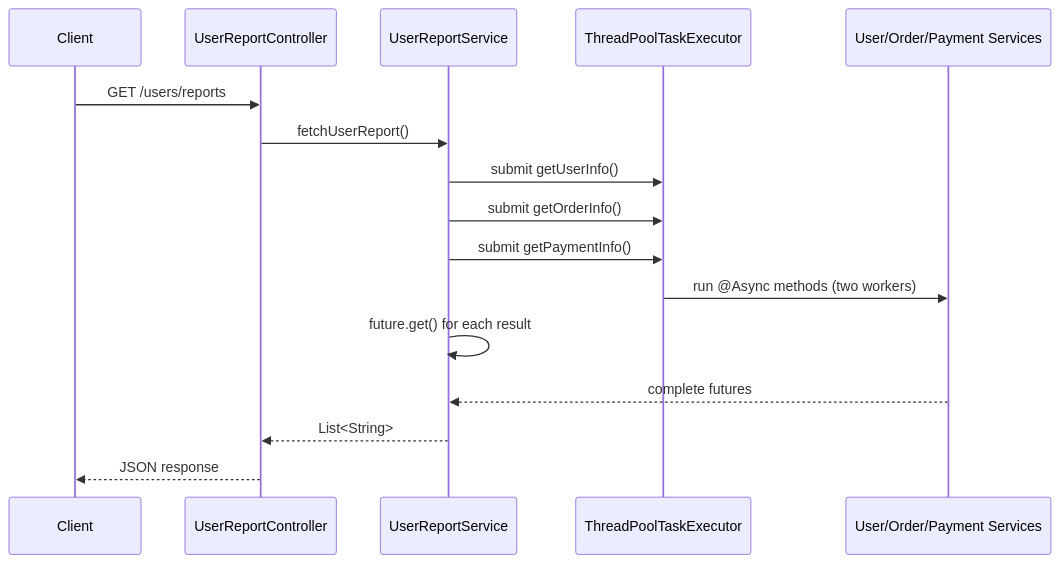
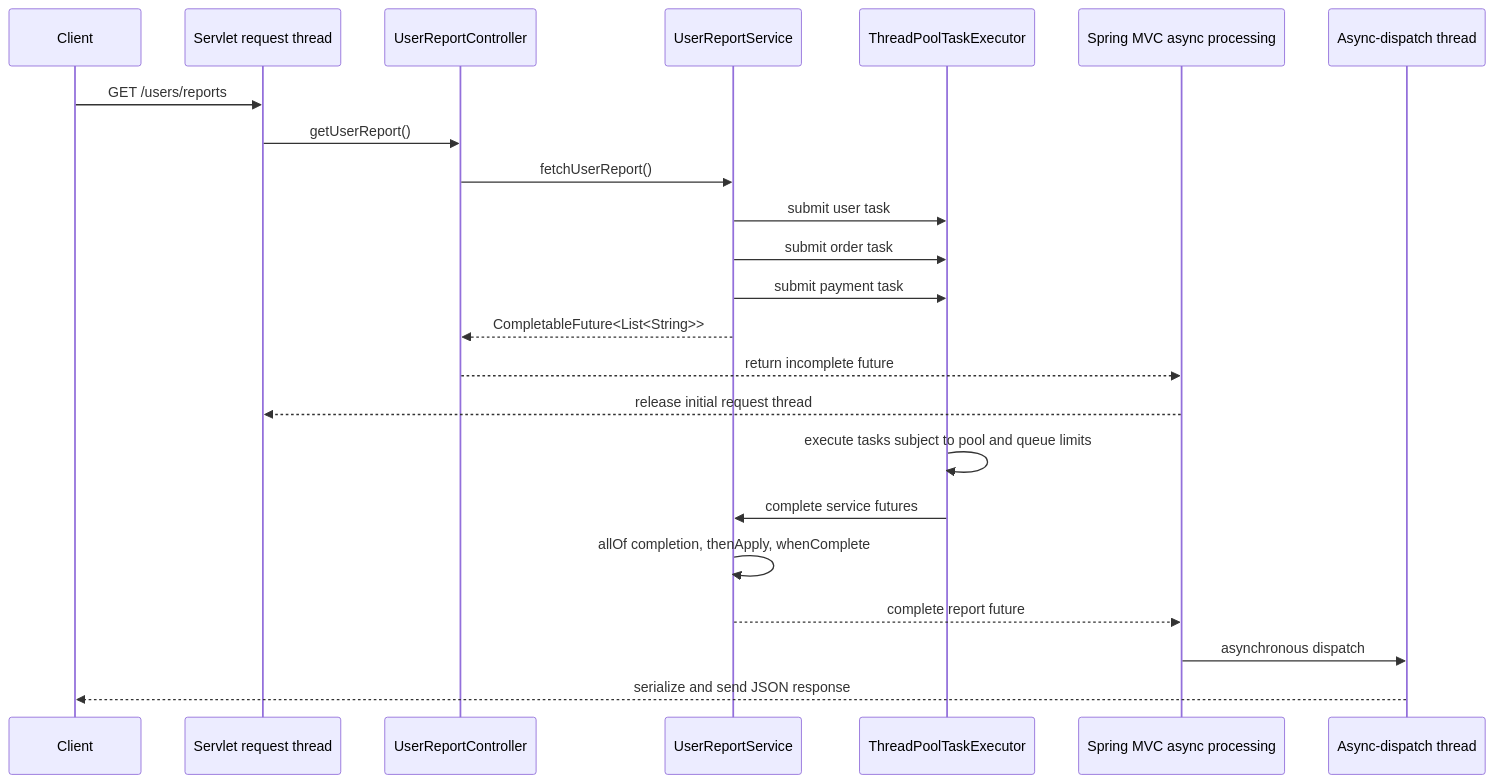
One commit to shubhgaur37/SpringBoot changed the diagram in M_18_ThreadPooling/README.md. Above: the diagram before and after it, drawn with Mermaid. The commit also changed other lines of this file and 4 other files, not shown here.

Commit message:
Non Blocking Tomcat Flow

````diff
--- a/M_18_ThreadPooling/README.md
+++ b/M_18_ThreadPooling/README.md
@@ -50,19 +124,26 @@
 ```mermaid
 sequenceDiagram
     participant Client
+    participant Request as Servlet request thread
     participant Controller as UserReportController
     participant Report as UserReportService
     participant Executor as ThreadPoolTaskExecutor
-    participant Services as User/Order/Payment Services
+    participant MVC as Spring MVC async processing
+    participant Dispatch as Async-dispatch thread
 
-    Client->>Controller: GET /users/reports
+    Client->>Request: GET /users/reports
+    Request->>Controller: getUserReport()
     Controller->>Report: fetchUserReport()
-    Report->>Executor: submit getUserInfo()
-    Report->>Executor: submit getOrderInfo()
-    Report->>Executor: submit getPaymentInfo()
-    Executor->>Services: run @Async methods (two workers)
-    Report->>Report: future.get() for each result
-    Services-->>Report: complete futures
-    Report-->>Controller: List<String>
-    Controller-->>Client: JSON response
+    Report->>Executor: submit user task
+    Report->>Executor: submit order task
+    Report->>Executor: submit payment task
+    Report-->>Controller: CompletableFuture<List<String>>
+    Controller-->>MVC: return incomplete future
+    MVC-->>Request: release initial request thread
+    Executor->>Executor: execute tasks subject to pool and queue limits
+    Executor->>Report: complete service futures
+    Report->>Report: allOf completion, thenApply, whenComplete
+    Report-->>MVC: complete report future
+    MVC->>Dispatch: asynchronous dispatch
+    Dispatch-->>Client: serialize and send JSON response
 ```
````
